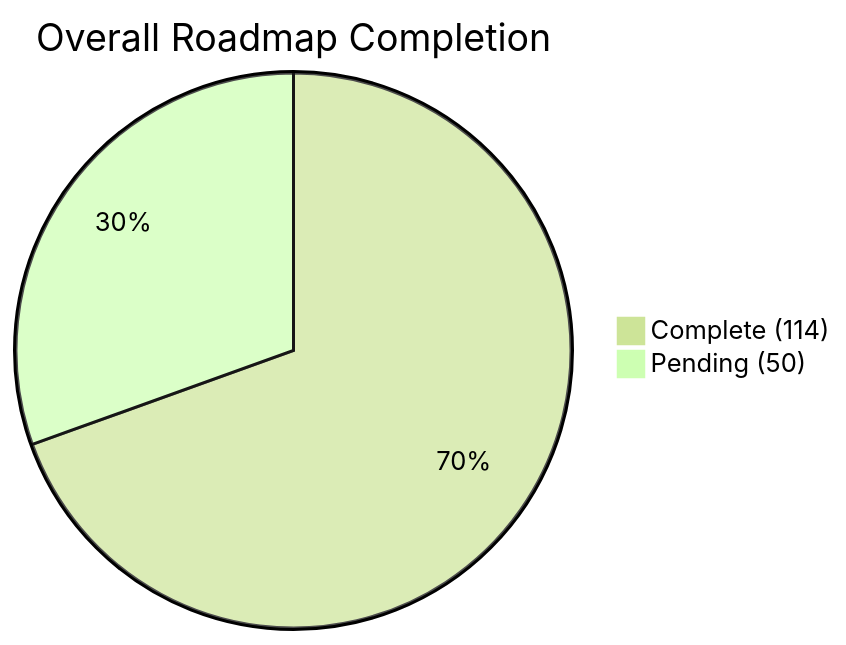
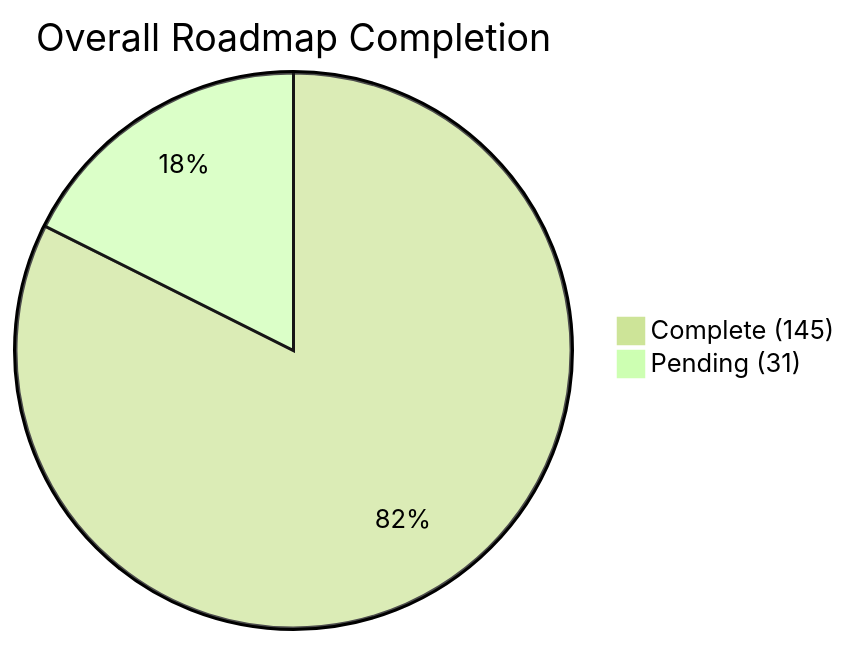
The first of 14 diagrams in docs/Completion_Report_2026-09-06.md (J3DI-19/Sentinel), drawn with Mermaid (forest theme) before and after one commit. The commit also changed other lines of this file and 2 other files, not shown here.

````diff
--- a/docs/Completion_Report_2026-09-06.md
+++ b/docs/Completion_Report_2026-09-06.md
@@ -28,5 +41,5 @@
 ```mermaid
 pie title Overall Roadmap Completion
-    "Complete (114)" : 114
-    "Pending (50)" : 50
+    "Complete (145)" : 145
+    "Pending (31)" : 31
 ```
````
